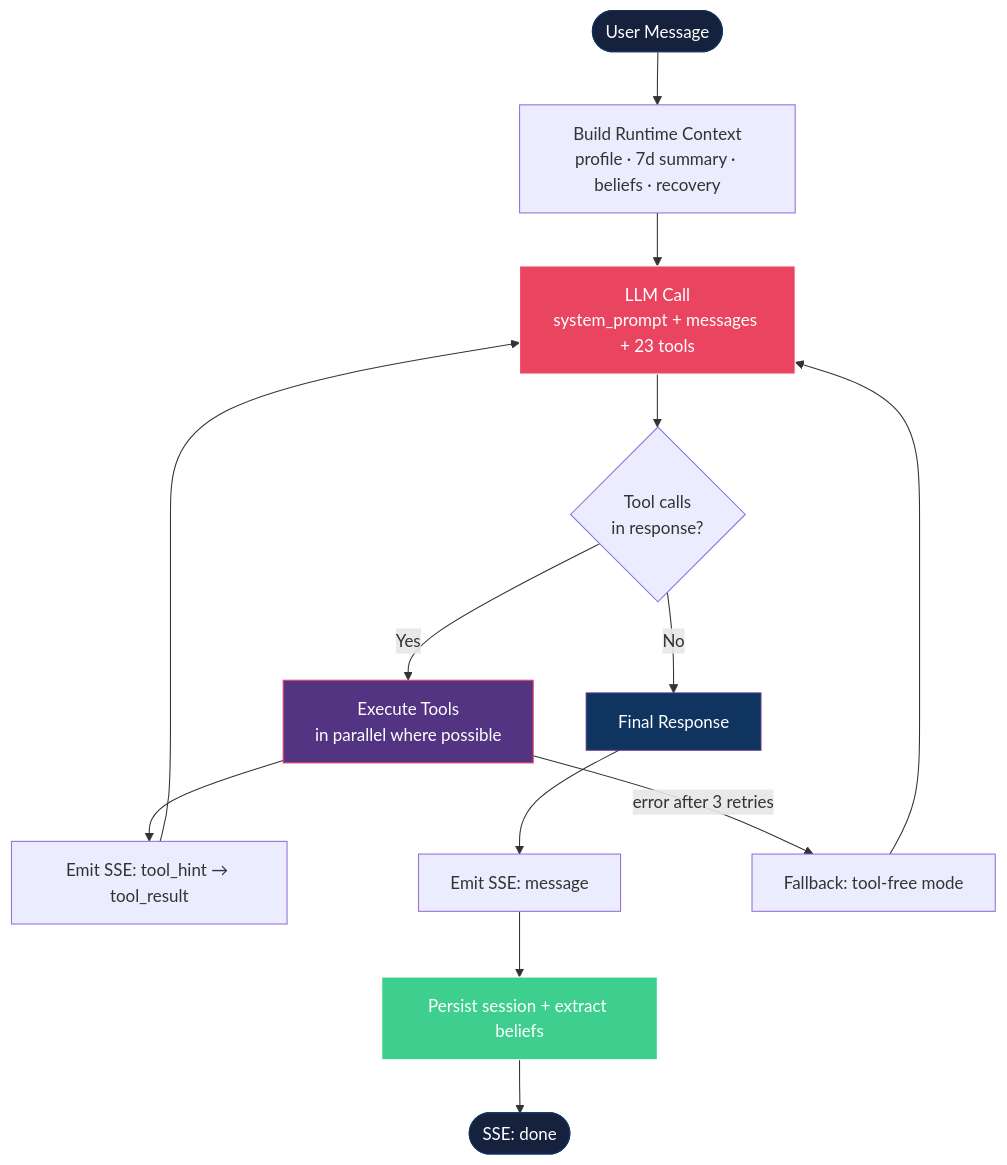
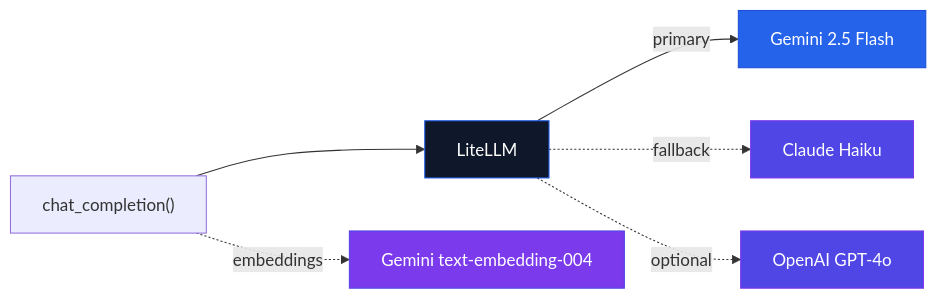
Before and after one commit to RnltLabs/athletly-backend: the third of 9 diagrams in README.md, drawn with Mermaid. The commit also changed other lines of this file, not shown here.

First line of the commit message:
docs: simplify README diagrams, apply Athletly colors, add TOC

````diff
--- a/README.md
+++ b/README.md
@@ -161,25 +144,14 @@
 ```mermaid
-flowchart TD
-    START(["User Message"]) --> CTX["Build Runtime Context<br/>profile · 7d summary · beliefs · recovery"]
-    CTX --> LLM["LLM Call<br/>system_prompt + messages + 23 tools"]
-    LLM --> DECIDE{Tool calls<br/>in response?}
+flowchart LR
+    APP["chat_completion()"] --> ROUTER["LiteLLM"]
+    ROUTER -->|"primary"| G["Gemini 2.5 Flash"]
+    ROUTER -.->|"fallback"| C["Claude Haiku"]
+    ROUTER -.->|"optional"| O["OpenAI GPT-4o"]
+    APP -.->|"embeddings"| E["Gemini text-embedding-004"]
 
-    DECIDE -->|"Yes"| EXEC["Execute Tools<br/>in parallel where possible"]
-    EXEC --> EMIT_T["Emit SSE: tool_hint → tool_result"]
-    EMIT_T --> LLM
-
-    DECIDE -->|"No"| RESP["Final Response"]
-    RESP --> EMIT_M["Emit SSE: message"]
-    EMIT_M --> SAVE["Persist session + extract beliefs"]
-    SAVE --> DONE(["SSE: done"])
-
-    EXEC -->|"error after 3 retries"| FALLBACK["Fallback: tool-free mode"]
-    FALLBACK --> LLM
-
-    style START fill:#16213e,stroke:#0f3460,color:#fff
-    style LLM fill:#e94560,stroke:#fff,color:#fff
-    style EXEC fill:#533483,stroke:#e94560,color:#fff
-    style RESP fill:#0f3460,stroke:#533483,color:#fff
-    style SAVE fill:#3ECF8E,stroke:#fff,color:#fff
-    style DONE fill:#16213e,stroke:#0f3460,color:#fff
+    style ROUTER fill:#0F172A,stroke:#2563EB,color:#fff
+    style G fill:#2563EB,stroke:#1D4ED8,color:#fff
+    style C fill:#4F46E5,stroke:#7C3AED,color:#fff
+    style O fill:#4F46E5,stroke:#7C3AED,color:#fff
+    style E fill:#7C3AED,stroke:#4F46E5,color:#fff
 ```
````
